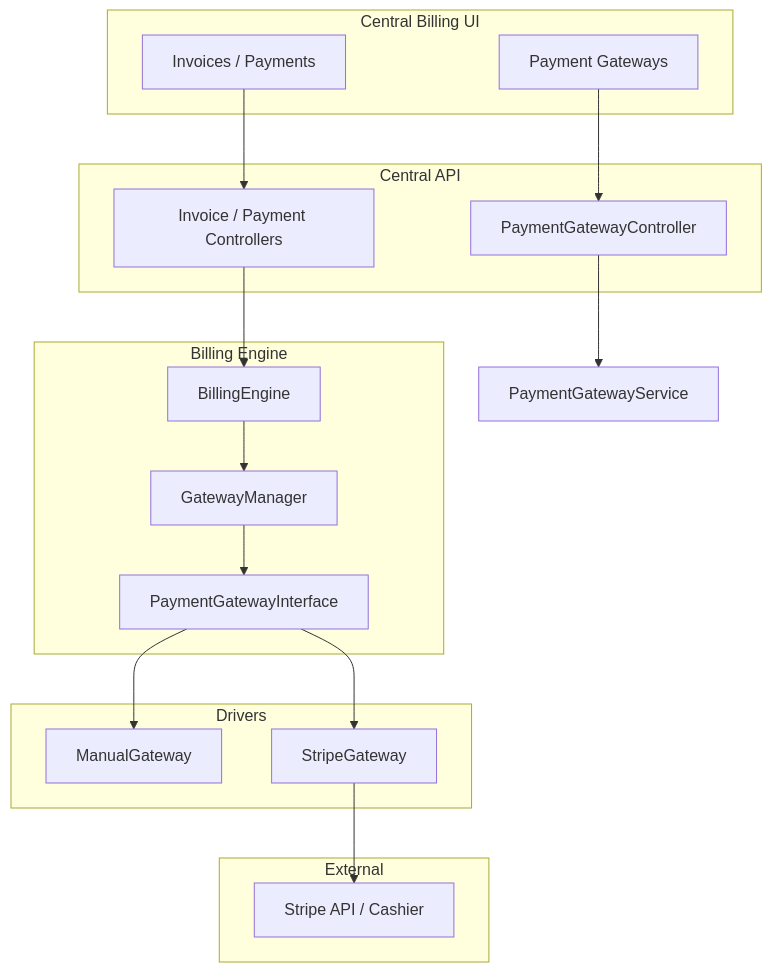
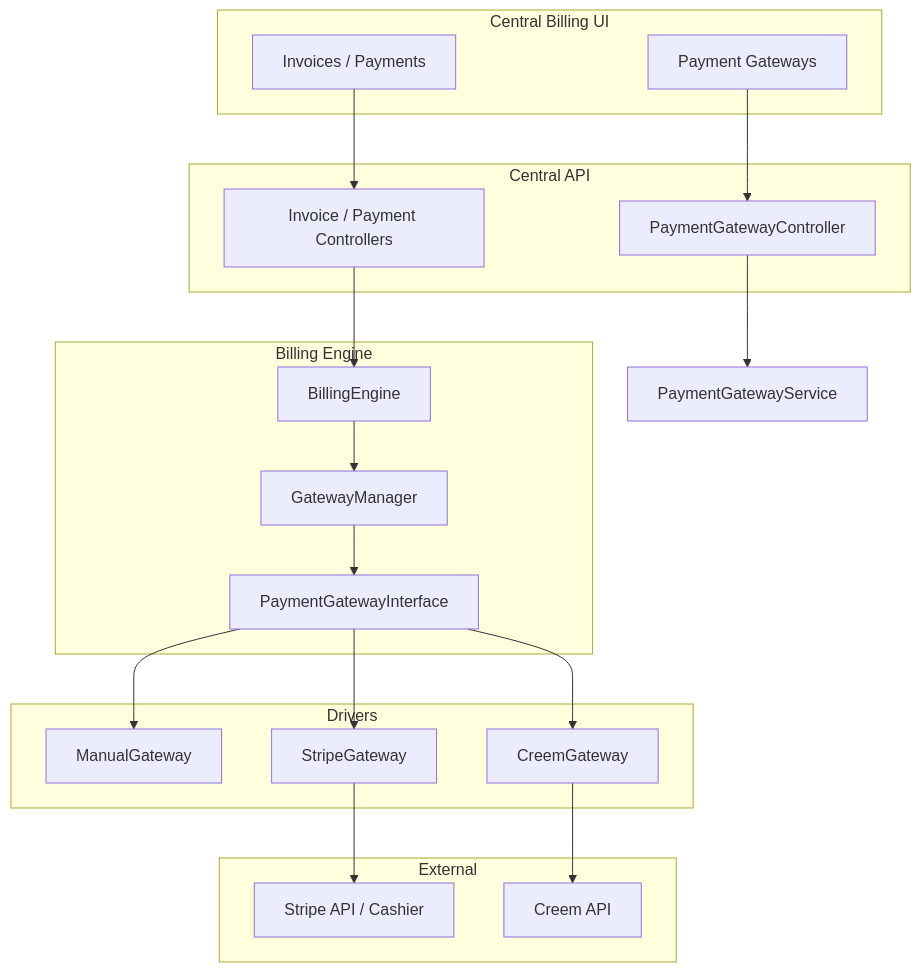
The first of 3 diagrams in billing/payment-gateways.md (DiligentCreators/SaaS-Docs), drawn with Mermaid before and after one commit. The commit also changed other lines of this file and 7 other files, not shown here.

First line of the commit message:
Document Creem payment gateway integration and checkout sync.

````diff
--- a/billing/payment-gateways.md
+++ b/billing/payment-gateways.md
@@ -20,37 +21,41 @@
 ```mermaid
 flowchart TB
   subgraph AdminUI["Central Billing UI"]
     PG[Payment Gateways]
     INV[Invoices / Payments]
   end
 
   subgraph API["Central API"]
     PGC[PaymentGatewayController]
     IC[Invoice / Payment Controllers]
   end
 
   subgraph Engine["Billing Engine"]
     BE[BillingEngine]
     GM[GatewayManager]
     IF[PaymentGatewayInterface]
   end
 
   subgraph Drivers["Drivers"]
     MG[ManualGateway]
     SG[StripeGateway]
+    CG[CreemGateway]
   end
 
   subgraph Providers["External"]
     Stripe[Stripe API / Cashier]
+    Creem[Creem API]
   end
 
   PG --> PGC
   INV --> IC
   PGC --> PaymentGatewayService
   IC --> BE
   BE --> GM
   GM --> IF
   IF --> MG
   IF --> SG
+  IF --> CG
   SG --> Stripe
+  CG --> Creem
 ```
````
